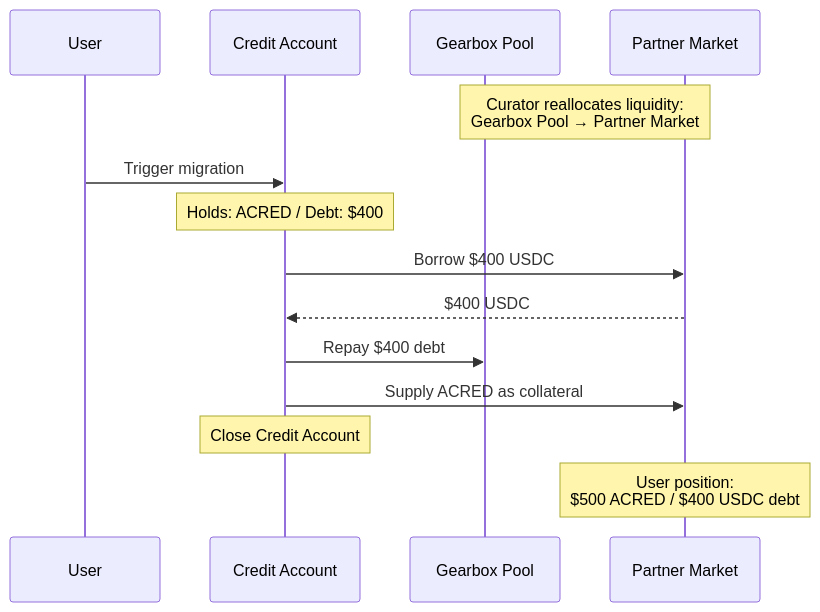
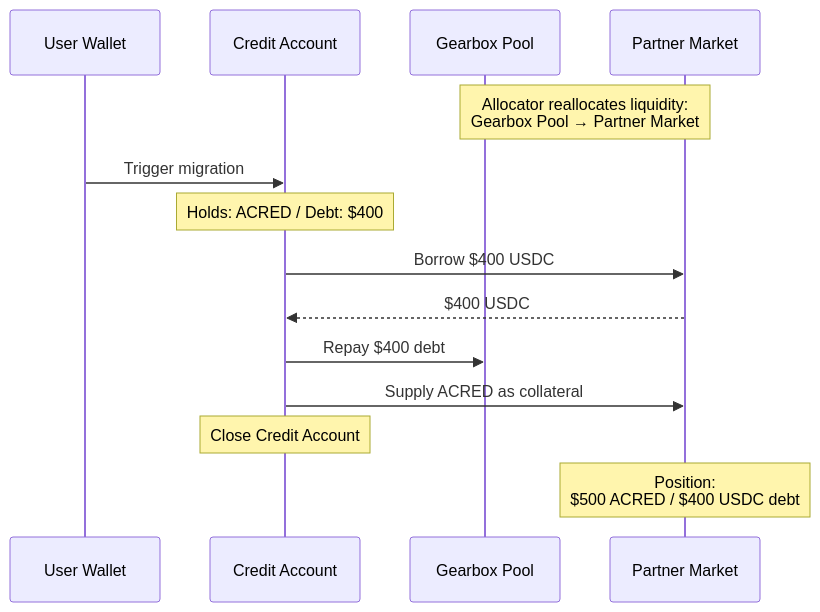
One commit to Gearbox-protocol/docs-knowledge changed the fifth of 10 diagrams in reference/usecase-faster-rwa-settlement-with-leverage.md. Above: the diagram before and after it, drawn with Mermaid. The commit also changed other lines of this file, not shown here.

First line of the commit message:
docs: redesign Phase 1/4 diagrams to contract-level participants

````diff
--- a/reference/usecase-faster-rwa-settlement-with-leverage.md
+++ b/reference/usecase-faster-rwa-settlement-with-leverage.md
@@ -263,17 +226,17 @@
 ```mermaid
 sequenceDiagram
-    participant U as User
+    participant W as User Wallet
     participant CA as Credit Account
     participant GP as Gearbox Pool
-    participant M as Partner Market
+    participant PM as Partner Market
 
-    Note over GP,M: Curator reallocates liquidity:<br/>Gearbox Pool → Partner Market
-    U->>CA: Trigger migration
+    Note over GP,PM: Allocator reallocates liquidity:<br/>Gearbox Pool → Partner Market
+    W->>CA: Trigger migration
     Note over CA: Holds: ACRED / Debt: $400
-    CA->>M: Borrow $400 USDC
-    M-->>CA: $400 USDC
+    CA->>PM: Borrow $400 USDC
+    PM-->>CA: $400 USDC
     CA->>GP: Repay $400 debt
-    CA->>M: Supply ACRED as collateral
+    CA->>PM: Supply ACRED as collateral
     Note over CA: Close Credit Account
-    Note over M: User position:<br/>$500 ACRED / $400 USDC debt
+    Note over PM: Position:<br/>$500 ACRED / $400 USDC debt
 ```
````
